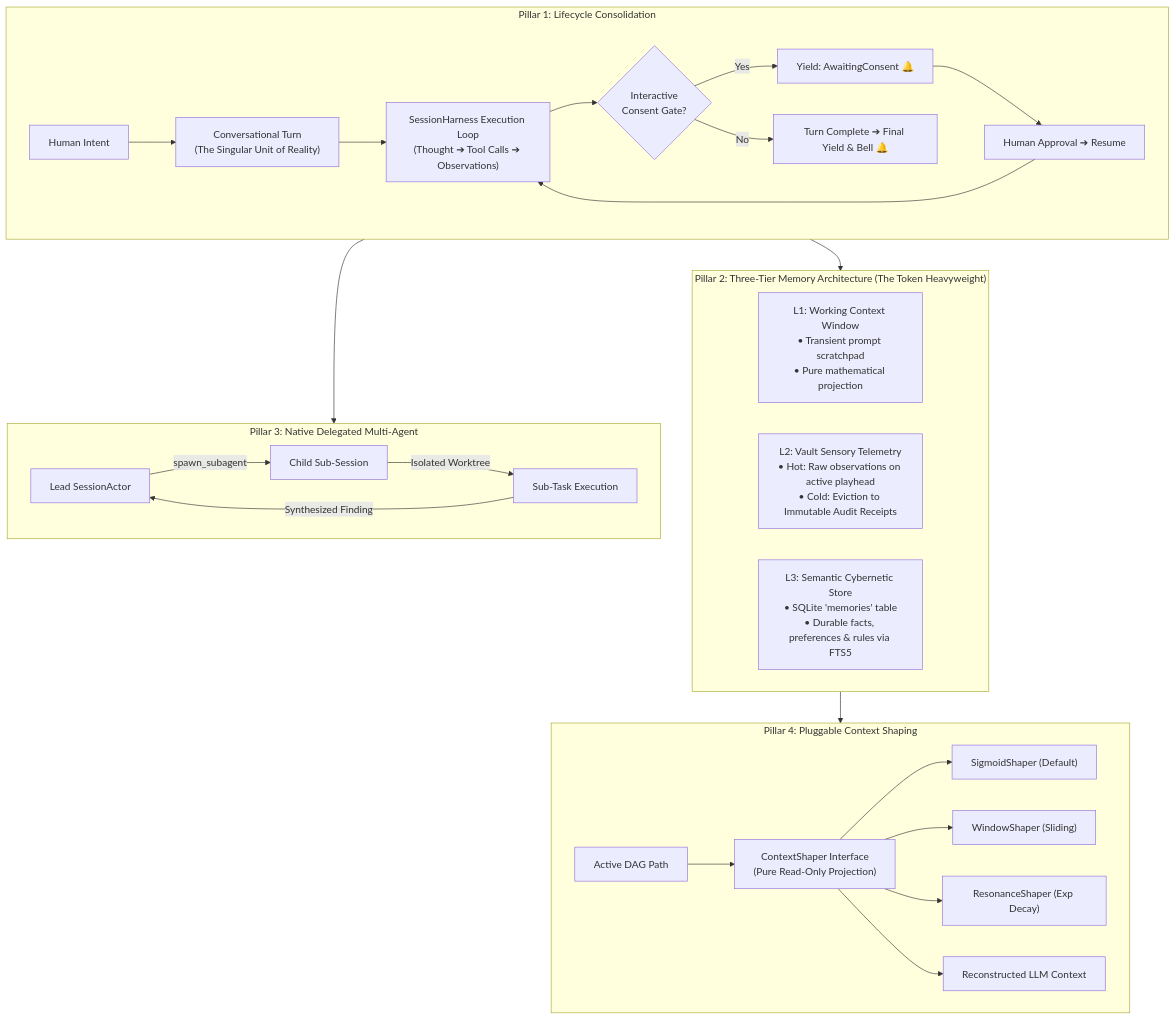
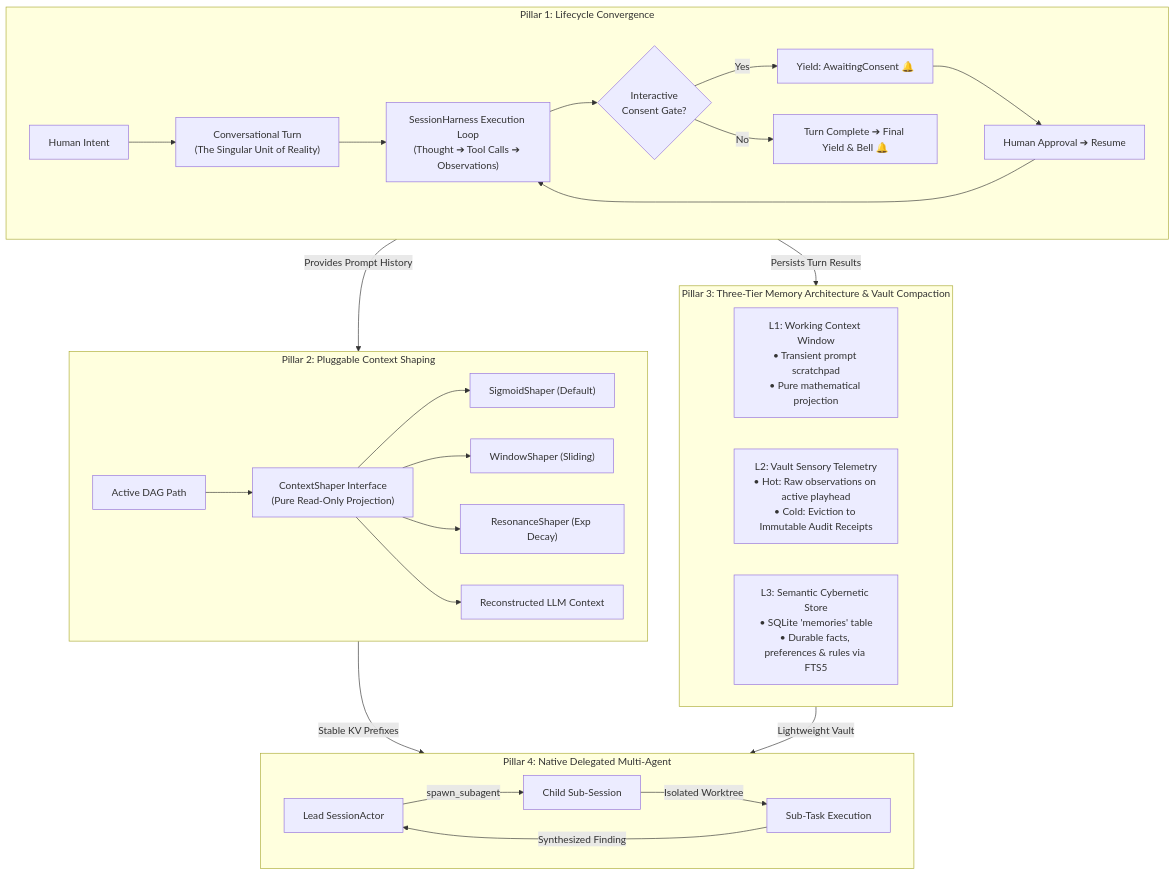
Before and after one commit to bartkleypas/please: the diagram in docs/roadmap_v0.3.0.md, drawn with Mermaid. The commit also changed other lines of this file, not shown here.

Commit message:
docs(roadmap): sequence pillars 1->2->3->4 and elevate executive summary architectural tone

````diff
--- a/docs/roadmap_v0.3.0.md
+++ b/docs/roadmap_v0.3.0.md
@@ -45,36 +44,37 @@
 ```mermaid
 flowchart TD
-    subgraph Execution["Pillar 1: Lifecycle Consolidation"]
+    subgraph P1["Pillar 1: Lifecycle Convergence"]
         Human[Human Intent] --> Turn["Conversational Turn<br/>(The Singular Unit of Reality)"]
         Turn --> Harness["SessionHarness Execution Loop<br/>(Thought ➔ Tool Calls ➔ Observations)"]
         Harness --> Consent{"Interactive<br/>Consent Gate?"}
         Consent -- Yes --> YieldConsent["Yield: AwaitingConsent 🔔"]
         YieldConsent --> Resume["Human Approval ➔ Resume"]
         Resume --> Harness
         Consent -- No --> Completed["Turn Complete ➔ Final Yield & Bell 🔔"]
     end
 
-    subgraph Memory["Pillar 2: Three-Tier Memory Architecture (The Token Heavyweight)"]
-        L1["L1: Working Context Window<br/>• Transient prompt scratchpad<br/>• Pure mathematical projection"]
-        L2["L2: Vault Sensory Telemetry<br/>• Hot: Raw observations on active playhead<br/>• Cold: Eviction to Immutable Audit Receipts"]
-        L3["L3: Semantic Cybernetic Store<br/>• SQLite 'memories' table<br/>• Durable facts, preferences & rules via FTS5"]
-    end
-
-    subgraph Orchestration["Pillar 3: Native Delegated Multi-Agent"]
-        ParentAgent["Lead SessionActor"] -->|spawn_subagent| ChildAgent["Child Sub-Session"]
-        ChildAgent -->|Isolated Worktree| TaskExec["Sub-Task Execution"]
-        TaskExec -->|Synthesized Finding| ParentAgent
-    end
-
-    subgraph Shaping["Pillar 4: Pluggable Context Shaping"]
+    subgraph P2["Pillar 2: Pluggable Context Shaping"]
         History[Active DAG Path] --> Shaper["ContextShaper Interface<br/>(Pure Read-Only Projection)"]
         Shaper --> SigShaper["SigmoidShaper (Default)"]
         Shaper --> WinShaper["WindowShaper (Sliding)"]
         Shaper --> ResShaper["ResonanceShaper (Exp Decay)"]
         Shaper --> PromptOut["Reconstructed LLM Context"]
     end
 
-    Execution --> Memory
-    Execution --> Orchestration
-    Memory --> Shaping
+    subgraph P3["Pillar 3: Three-Tier Memory Architecture & Vault Compaction"]
+        L1["L1: Working Context Window<br/>• Transient prompt scratchpad<br/>• Pure mathematical projection"]
+        L2["L2: Vault Sensory Telemetry<br/>• Hot: Raw observations on active playhead<br/>• Cold: Eviction to Immutable Audit Receipts"]
+        L3["L3: Semantic Cybernetic Store<br/>• SQLite 'memories' table<br/>• Durable facts, preferences & rules via FTS5"]
+    end
+
+    subgraph P4["Pillar 4: Native Delegated Multi-Agent"]
+        ParentAgent["Lead SessionActor"] -->|spawn_subagent| ChildAgent["Child Sub-Session"]
+        ChildAgent -->|Isolated Worktree| TaskExec["Sub-Task Execution"]
+        TaskExec -->|Synthesized Finding| ParentAgent
+    end
+
+    P1 -->|Provides Prompt History| P2
+    P1 -->|Persists Turn Results| P3
+    P2 -->|Stable KV Prefixes| P4
+    P3 -->|Lightweight Vault| P4
 ```
````
